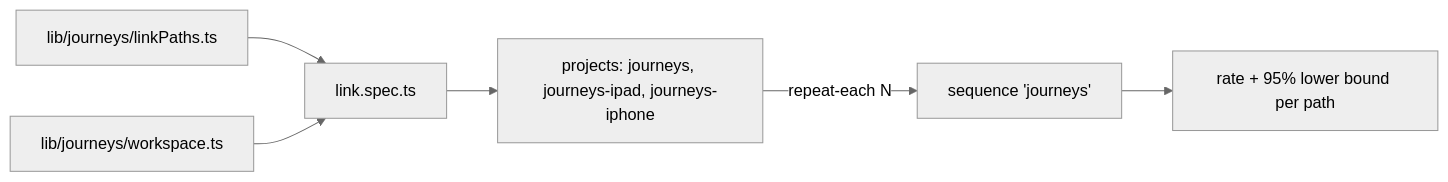
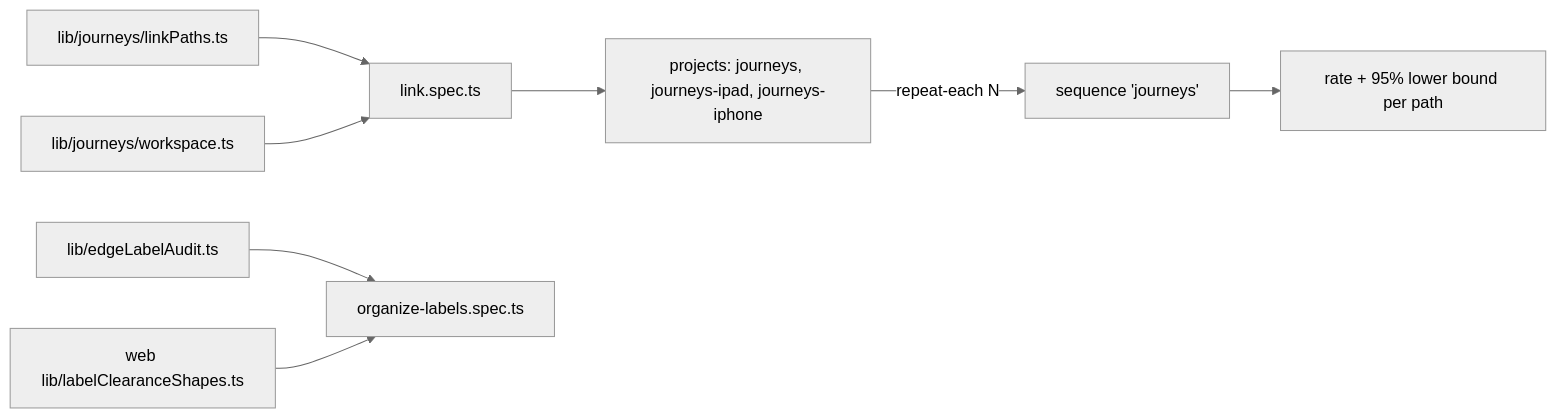
One commit to GraphDone/GraphDone-Core changed the diagram in tests/e2e/journeys/README.md. Above: the diagram before and after it, drawn with Mermaid (neutral theme). The commit also changed other lines of this file and 11 other files, not shown here.

First line of the commit message:
test(graph): organize-labels journey on desktop, iPad and iPhone

````diff
--- a/tests/e2e/journeys/README.md
+++ b/tests/e2e/journeys/README.md
@@ -10,8 +11,10 @@
 ```mermaid
 flowchart LR
   paths["lib/journeys/linkPaths.ts"] --> spec["link.spec.ts"]
   ws["lib/journeys/workspace.ts"] --> spec
+  audit["lib/edgeLabelAudit.ts"] --> org["organize-labels.spec.ts"]
+  shapes["web lib/labelClearanceShapes.ts"] --> org
   spec --> proj["projects: journeys, journeys-ipad, journeys-iphone"]
   proj -->|"repeat-each N"| seq["sequence 'journeys'"]
   seq --> rep["rate + 95% lower bound per path"]
 ```
````
